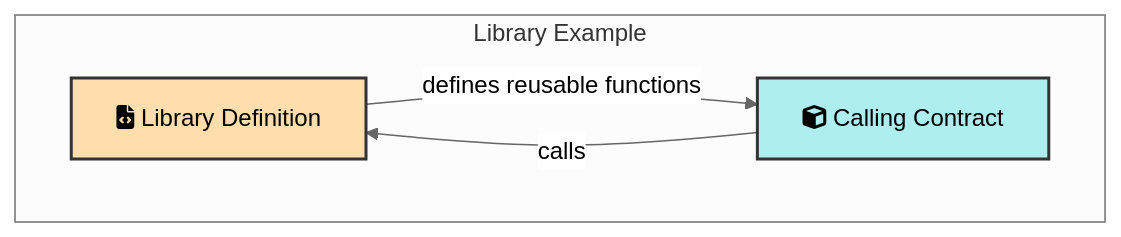
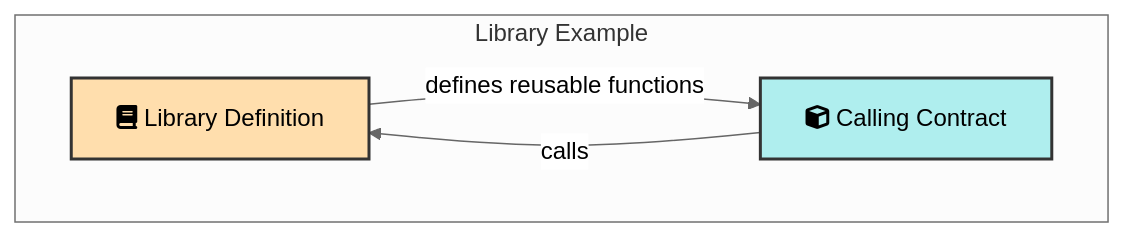
One commit to kelvin-bz/blog changed diagram 15 of 16 in _posts/2024-07-07-introduction-to-solidity.md. Above: the diagram before and after it, drawn with Mermaid (neutral theme). The commit also changed other lines of this file, not shown here.

````diff
--- a/_posts/2024-07-07-introduction-to-solidity.md
+++ b/_posts/2024-07-07-introduction-to-solidity.md
@@ -1027,14 +968,14 @@
 ```mermaid
 graph TD
-    libraryDefinition["fa:fa-file-code Library Definition"]:::libraryColor
+    libraryDefinition["fa:fa-book Library Definition"]:::libraryColor
     callingContract["fa:fa-cube Calling Contract"]:::callingColor
 
     subgraph libraryGraph["Library Example"]
         libraryDefinition --> |defines reusable functions| callingContract
         callingContract --> |calls| libraryDefinition
     end
 
     classDef libraryColor fill:#ffdead,stroke:#333,stroke-width:2px;
     classDef callingColor fill:#afeeee,stroke:#333,stroke-width:2px;
     classDef subGraphColor fill:#cfc,stroke:#333,stroke-width:2px;
 ```
````
